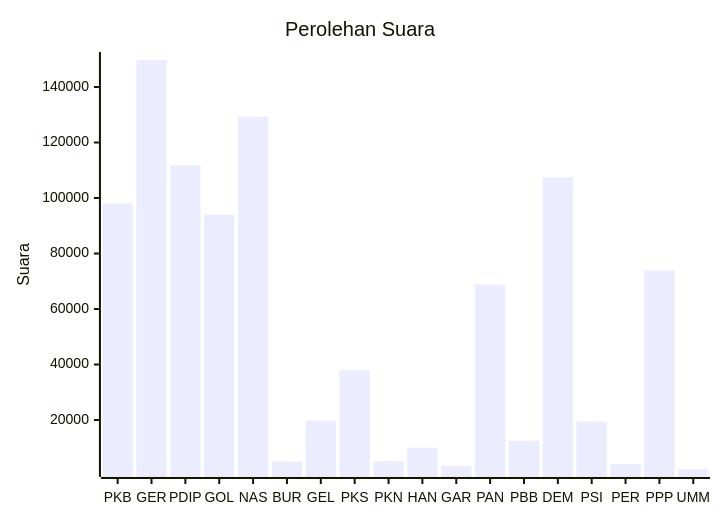
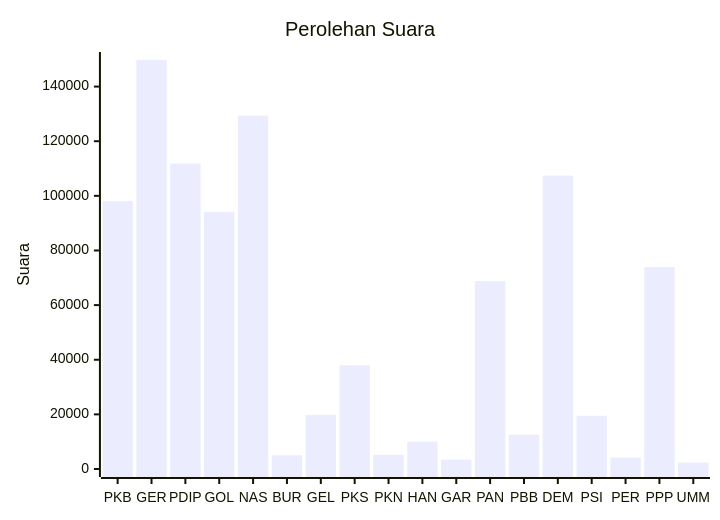
Before and after one commit to gigit-pemilu/pemilu-2024: the diagram in pileg-dpr/hitung-suara/sub/table-wilayah-74.md, drawn with Mermaid. The commit also changed 57 other files, not shown here.

````diff
--- a/pileg-dpr/hitung-suara/sub/table-wilayah-74.md
+++ b/pileg-dpr/hitung-suara/sub/table-wilayah-74.md
@@ -7,7 +7,7 @@
 ```mermaid
 xychart-beta
     title "Perolehan Suara"
     x-axis [PKB, GER, PDIP, GOL, NAS, BUR, GEL, PKS, PKN, HAN, GAR, PAN, PBB, DEM, PSI, PER, PPP, UMM]
-    y-axis "Suara"
+    y-axis "Suara" 0 --> 149731
     bar [98095, 149731, 111840, 94054, 129359, 5026, 19795, 37988, 5215, 10005, 3449, 68837, 12524, 107413, 19480, 4160, 73928, 2356]
 ```
````
